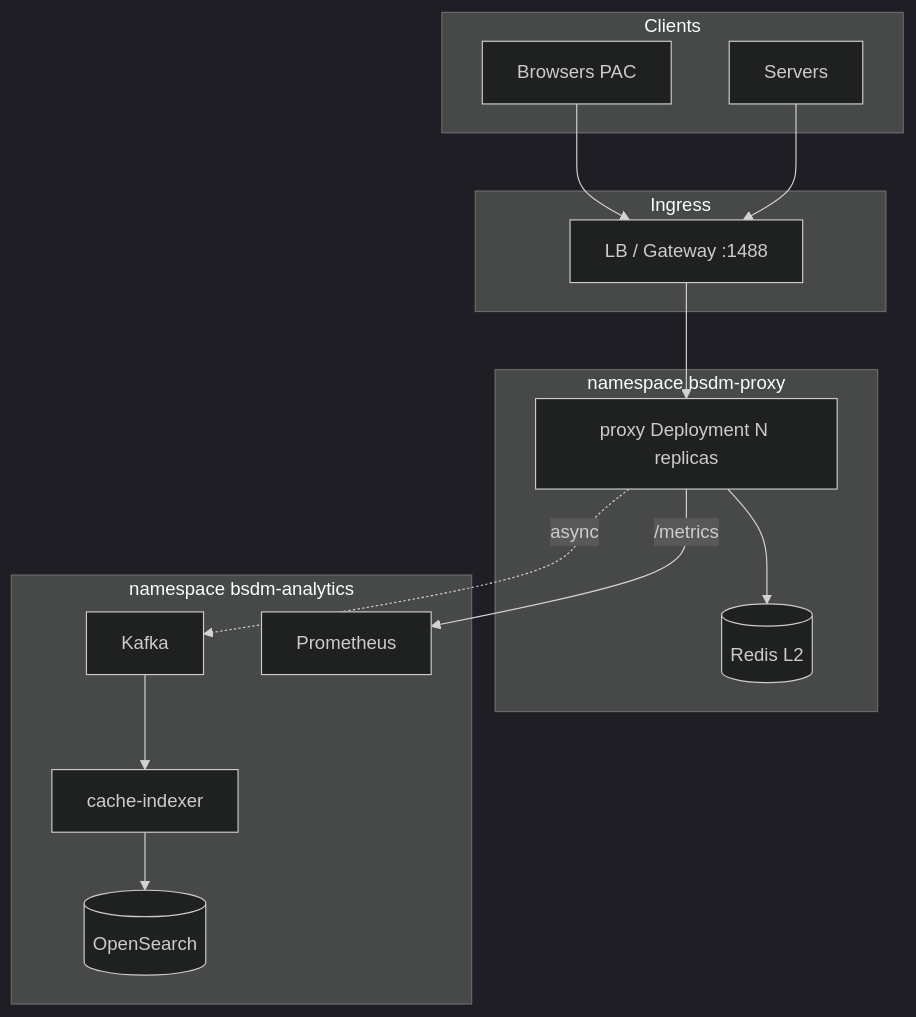
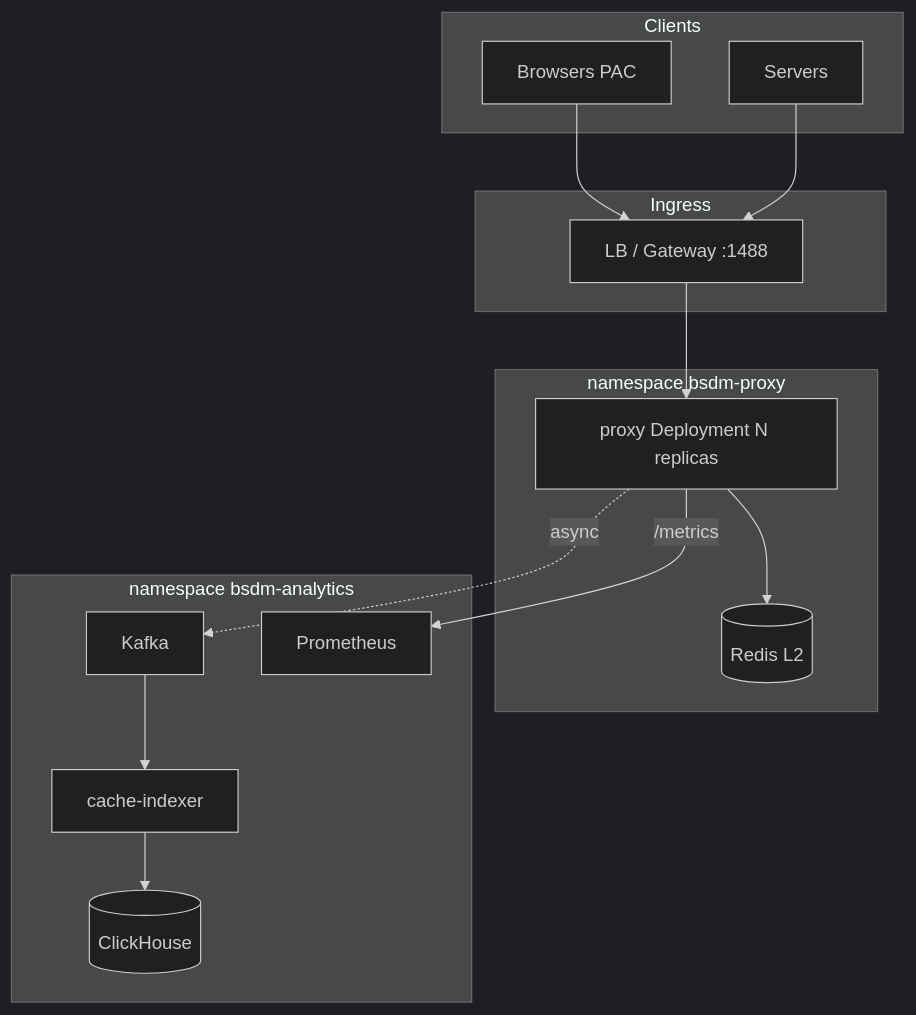
One commit to onixus/bsdm-proxy changed the diagram in docs/k8s-architecture.md. Above: the diagram before and after it, drawn with Mermaid (dark theme). The commit also changed other lines of this file and 36 other files, not shown here.

````diff
--- a/docs/k8s-architecture.md
+++ b/docs/k8s-architecture.md
@@ -23,29 +23,29 @@
 ```mermaid
 flowchart TB
   subgraph clients [Clients]
     B[Browsers PAC]
     S[Servers]
   end
 
   subgraph ingress [Ingress]
     LB[LB / Gateway :1488]
   end
 
   subgraph ns_proxy [namespace bsdm-proxy]
     P[proxy Deployment N replicas]
     R[(Redis L2)]
   end
 
   subgraph ns_analytics [namespace bsdm-analytics]
     K[Kafka]
     I[cache-indexer]
-    OS[(OpenSearch)]
+    CH[(ClickHouse)]
     PM[Prometheus]
   end
 
   B --> LB --> P
   S --> LB
   P --> R
-  P -.->|async| K --> I --> OS
+  P -.->|async| K --> I --> CH
   P -->|/metrics| PM
 ```
````
